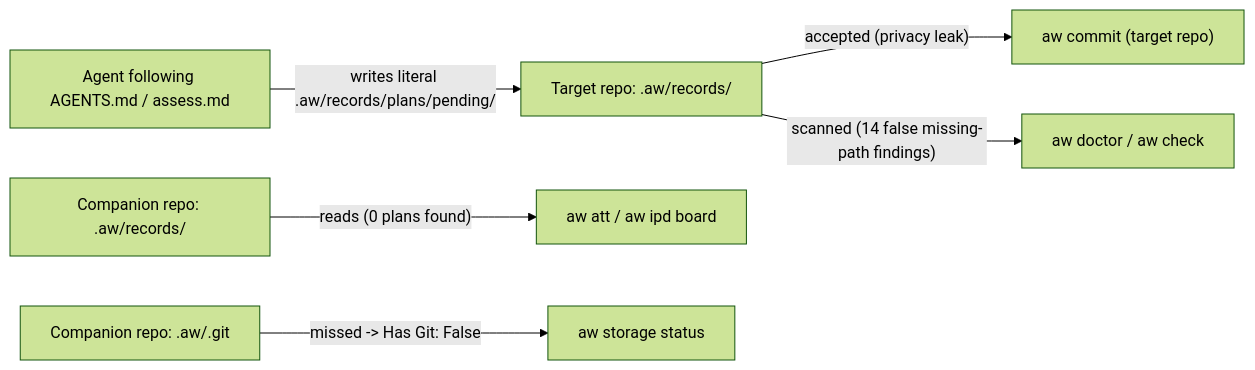
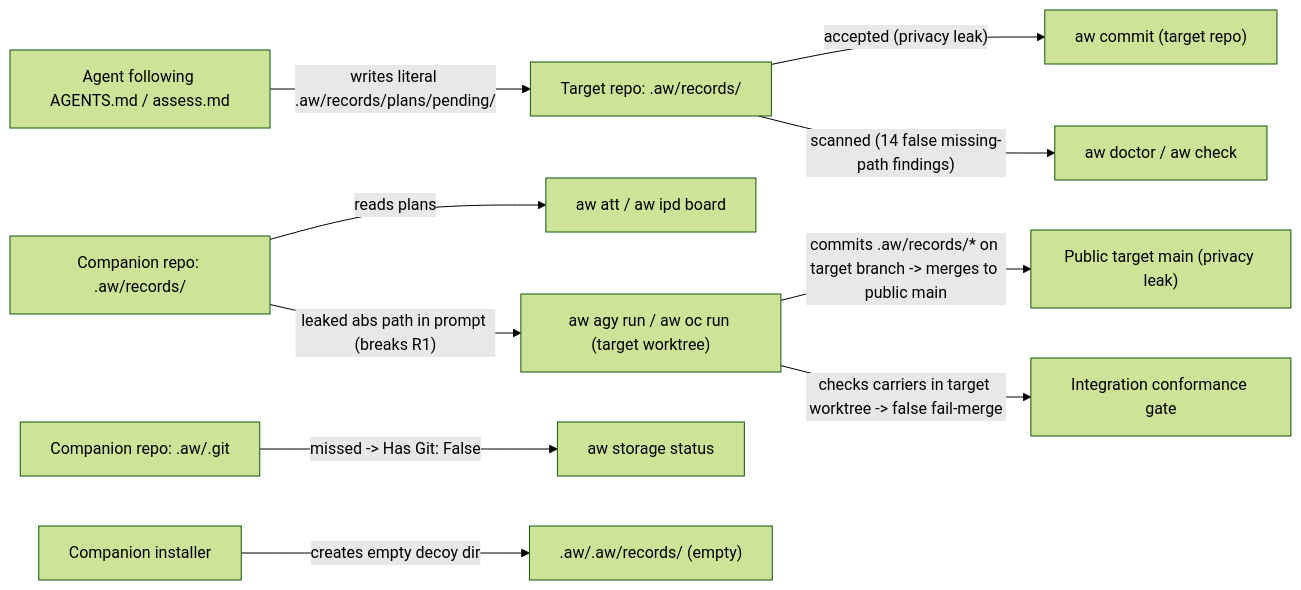
Before and after one commit to fariello/agent-workflows: the diagram in .aw/records/backlog/open/20261121-companion-bugs-01-rvxmzz-companion-records-split-brain.backlog.md, drawn with Mermaid (forest theme). The commit also changed other lines of this file, not shown here.

First line of the commit message:
backlog(companion): expand rvxmzz with runner fail-merge, leak, R1 purity, and decoy dir bugs

````diff
--- a/.aw/records/backlog/open/20261121-companion-bugs-01-rvxmzz-companion-records-split-brain.backlog.md
+++ b/.aw/records/backlog/open/20261121-companion-bugs-01-rvxmzz-companion-records-split-brain.backlog.md
@@ -26,8 +30,12 @@
 ```mermaid
 flowchart LR
     Agent["Agent following AGENTS.md / assess.md"] -->|"writes literal .aw/records/plans/pending/"| TargetRec["Target repo: .aw/records/"]
     TargetRec -->|"accepted (privacy leak)"| AwCommit["aw commit (target repo)"]
     TargetRec -->|"scanned (14 false missing-path findings)"| AwDoctor["aw doctor / aw check"]
-    CompRec["Companion repo: <repo>.aw/records/"] -->|"reads (0 plans found)"| AwAtt["aw att / aw ipd board"]
+    CompRec["Companion repo: <repo>.aw/records/"] -->|"reads plans"| AwAtt["aw att / aw ipd board"]
     CompGit["Companion repo: <repo>.aw/.git"] -->|"missed -> Has Git: False"| AwStorage["aw storage status"]
+    CompRec -->|"leaked abs path in prompt (breaks R1)"| Runner["aw agy run / aw oc run (target worktree)"]
+    Runner -->|"commits .aw/records/* on target branch -> merges to public main"| TargetMain["Public target main (privacy leak)"]
+    Runner -->|"checks carriers in target worktree -> false fail-merge"| Gate["Integration conformance gate"]
+    Installer["Companion installer"] -->|"creates empty decoy dir"| Decoy["<repo>.aw/.aw/records/ (empty)"]
 ```
````
